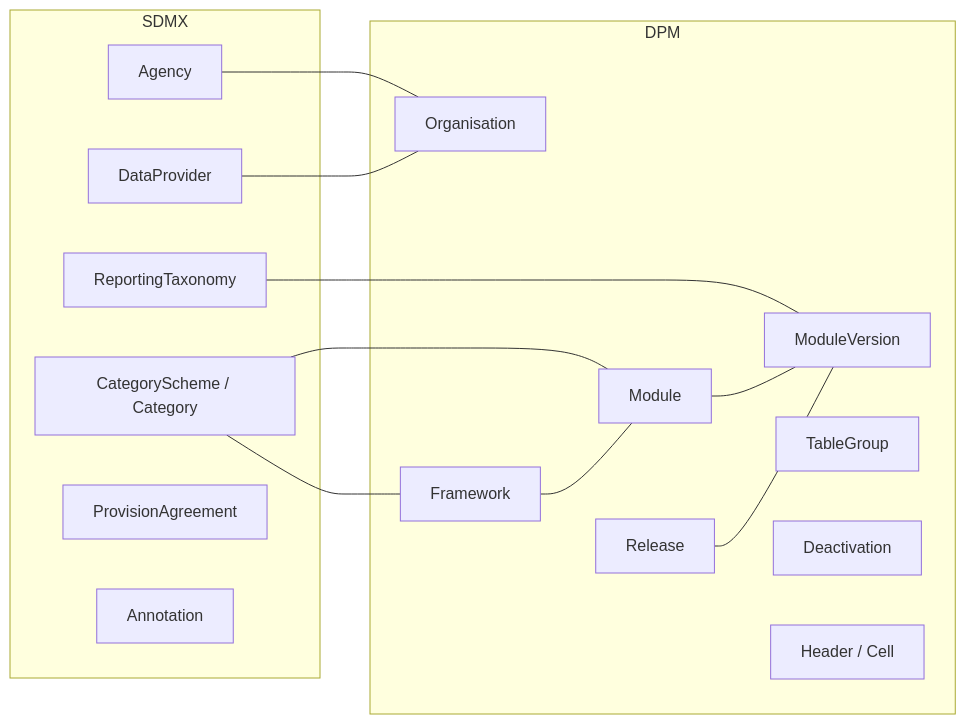
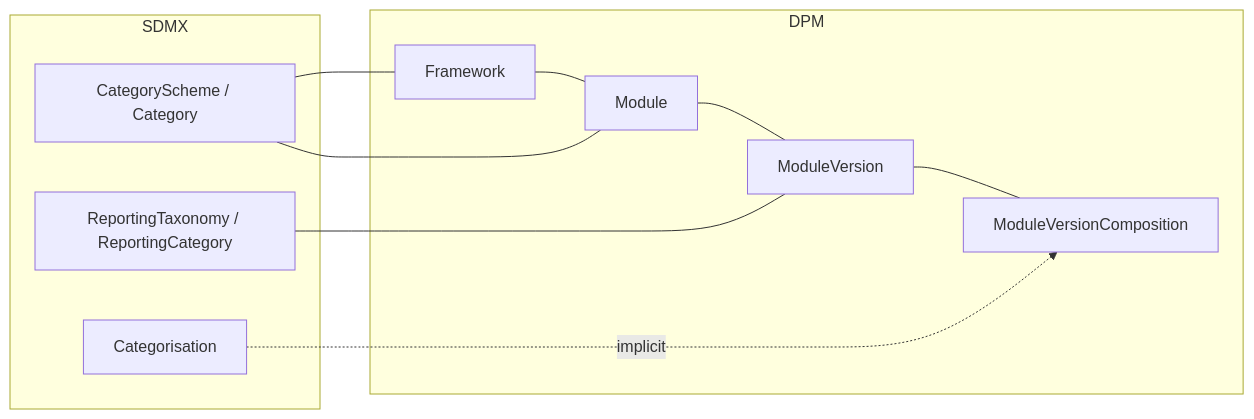
Before and after one commit to sdmx-twg/wp-sdmx-dpm: the diagram in docs/models-relationships/03_other_artifacts/02_high_level_mapping_summary.md, drawn with Mermaid. The commit also changed other lines of this file and 13 other files, not shown here.

````diff
--- a/docs/models-relationships/03_other_artifacts/02_high_level_mapping_summary.md
+++ b/docs/models-relationships/03_other_artifacts/02_high_level_mapping_summary.md
@@ -31,31 +18,23 @@
 ```mermaid
 flowchart LR
   subgraph SDMX
-    sAgency["Agency"]
-    sProvider["DataProvider"]
     sCatScheme["CategoryScheme / Category"]
-    sRepTax["ReportingTaxonomy"]
-    sProv["ProvisionAgreement"]
-    sAnnot["Annotation"]
+    sCategorisation["Categorisation"]
+    sRepTax["ReportingTaxonomy / ReportingCategory"]
   end
 
   subgraph DPM
-    dOrg["Organisation"]
     dFramework["Framework"]
     dModule["Module"]
     dModuleVersion["ModuleVersion"]
-    dTableGroup["TableGroup"]
-    dRelease["Release"]
-    dDeact["Deactivation"]
-    dRendering["Header / Cell"]
+    dMVC["ModuleVersionComposition"]
+    dFramework --- dModule
+    dModule --- dModuleVersion
+    dModuleVersion --- dMVC
   end
 
-  sAgency --- dOrg
-  sProvider --- dOrg
   sCatScheme --- dFramework
   sCatScheme --- dModule
   sRepTax --- dModuleVersion
-  dFramework --- dModule
-  dModule --- dModuleVersion
-  dRelease --- dModuleVersion
+  sCategorisation -.->|implicit| dMVC
 ```
````
